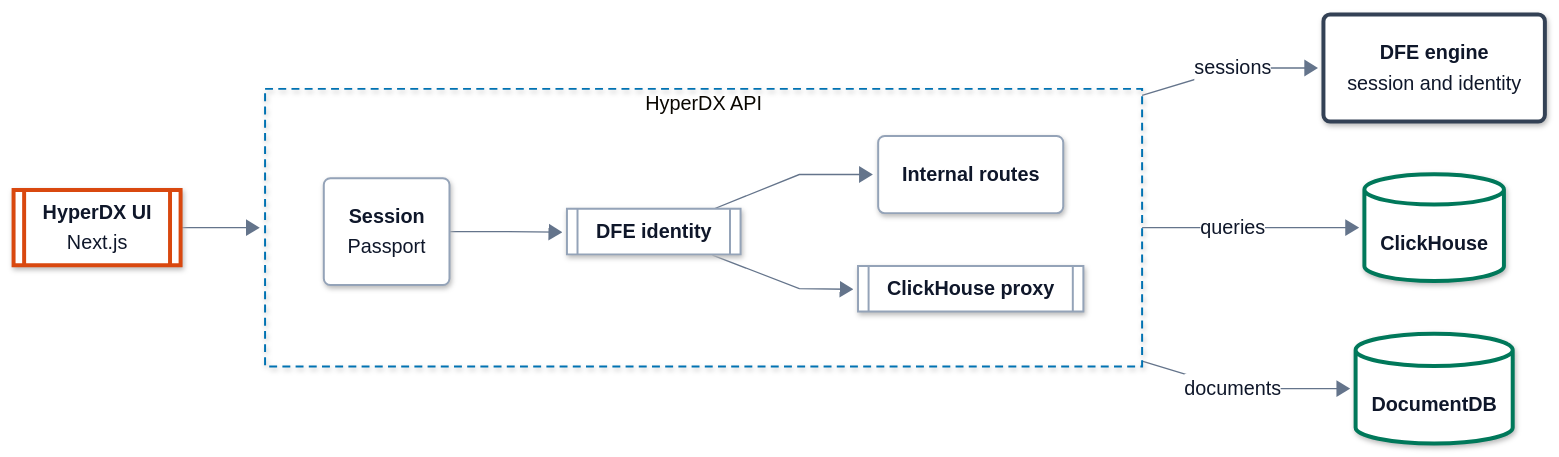
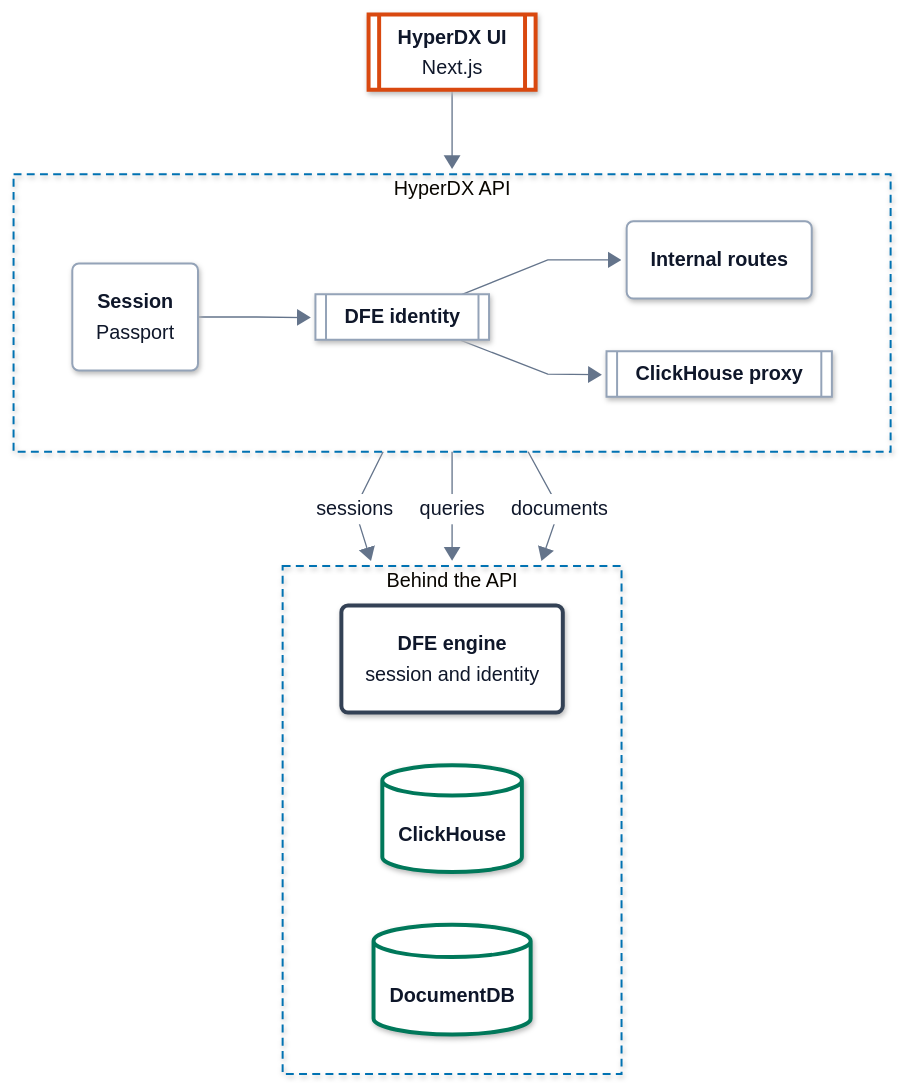
Before and after one commit to hyperi-io/dfe-hyperdx: the first of 2 diagrams in docs/architecture/backend.md, drawn with Mermaid. The commit also changed other lines of this file and 15 other files, not shown here.

First line of the commit message:
docs(architecture): add the architecture page and fit every flowchart (#234)

````diff
--- a/docs/architecture/backend.md
+++ b/docs/architecture/backend.md
@@ -56,7 +60,7 @@
     .ui .label-icon{color:#D9480F}
     .ext .label-icon{color:#64748B}
 ---
-flowchart LR
+flowchart TB
   accTitle: L3 Components -- HyperDX API
   accDescr: The HyperDX UI calls the API. Inside, upstream's session middleware runs first, then the DFE identity middleware, then the internal routes or the ClickHouse proxy. The API asks the DFE engine about each session, keeps documents in DocumentDB and queries ClickHouse.
   app[["<b>HyperDX UI</b><br/><span>Next.js</span>"]]
@@ -66,13 +70,20 @@
     identity --> routes("<b>Internal routes</b>")
     identity --> proxy[["<b>ClickHouse proxy</b>"]]
   end
-  engine("<b>DFE engine</b><br/><span>session and identity</span>")
-  ch[("<b>ClickHouse</b>")]
-  docdb[("<b>DocumentDB</b>")]
+  subgraph back["Behind the API"]
+    direction LR
+    engine("<b>DFE engine</b><br/><span>session and identity</span>")
+    ch[("<b>ClickHouse</b>")]
+    docdb[("<b>DocumentDB</b>")]
+  end
   app --> api
   api -->|sessions| engine
   api -->|queries| ch
   api -->|documents| docdb
+  class app ui
+  class session,identity,routes,proxy part
+  class engine control
+  class ch,docdb store
   classDef ext fill:#F4F6F8,stroke:#94A3B8,stroke-width:1.5px,stroke-dasharray:5 4,color:#0F172A
   classDef ingest fill:#FFFFFF,stroke:#0E8A7D,stroke-width:3px,color:#0F172A
   classDef xform fill:#FFFFFF,stroke:#7B4FB0,stroke-width:3px,color:#0F172A
@@ -84,9 +95,6 @@
   classDef error fill:#FFFFFF,stroke:#C2410C,stroke-width:3px,color:#0F172A
   classDef control fill:#FFFFFF,stroke:#334155,stroke-width:3px,color:#0F172A
   classDef part fill:#FFFFFF,stroke:#94A3B8,stroke-width:1.5px,color:#0F172A
-  class app ui
-  class session,identity,routes,proxy part
-  class engine control
-  class ch,docdb store
   style api fill:none,stroke:#0072B2,stroke-width:1.5px,stroke-dasharray:6 4
+  style back fill:none,stroke:#0072B2,stroke-width:1.5px,stroke-dasharray:6 4
 ```
````
